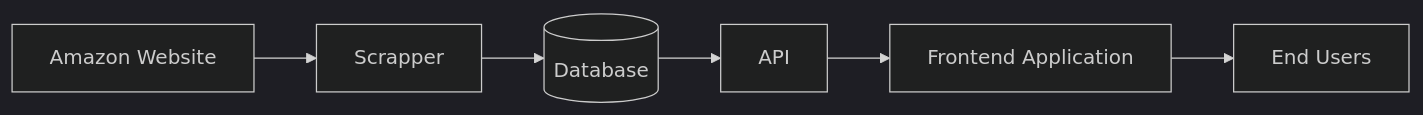
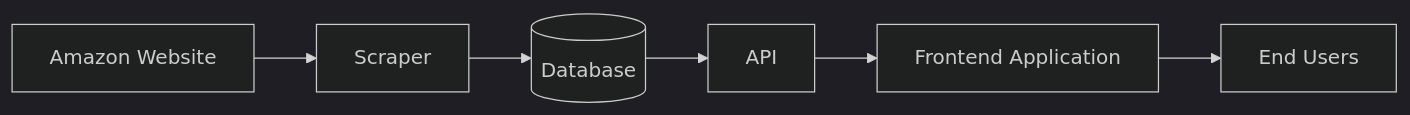
Before and after one commit to Enriquecava/Scoopy: the diagram in README.md, drawn with Mermaid (dark theme). The commit also changed other lines of this file and 14 other files, not shown here.

````diff
--- a/README.md
+++ b/README.md
@@ -40,8 +40,8 @@
 ```mermaid
 flowchart LR
-    A[Amazon Website] --> B[Scrapper]
+    A[Amazon Website] --> B[Scraper]
     B --> C[(Database)]
     C --> D[API]
     D --> E[Frontend Application]
     E --> F[End Users]
 ```
````
